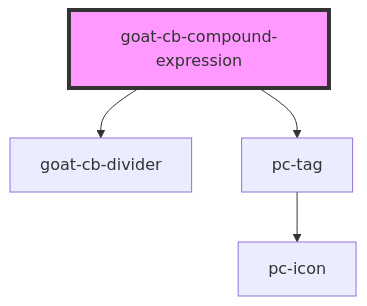
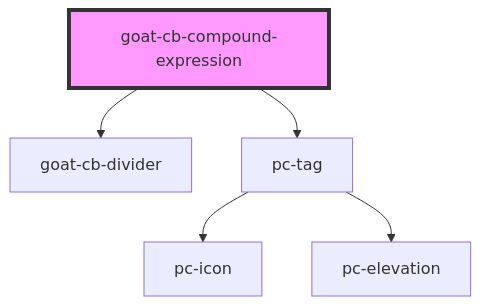
One commit to redvars/peacock changed the diagram in src/components/application/condition-builder/cb-compound-expression/readme.md. Above: the diagram before and after it, drawn with Mermaid. The commit also changed 299 other files, not shown here.

````diff
--- a/src/components/application/condition-builder/cb-compound-expression/readme.md
+++ b/src/components/application/condition-builder/cb-compound-expression/readme.md
@@ -25,7 +25,8 @@
 ```mermaid
 graph TD;
   goat-cb-compound-expression --> goat-cb-divider
   goat-cb-compound-expression --> pc-tag
   pc-tag --> pc-icon
+  pc-tag --> pc-elevation
   style goat-cb-compound-expression fill:#f9f,stroke:#333,stroke-width:4px
 ```
````
